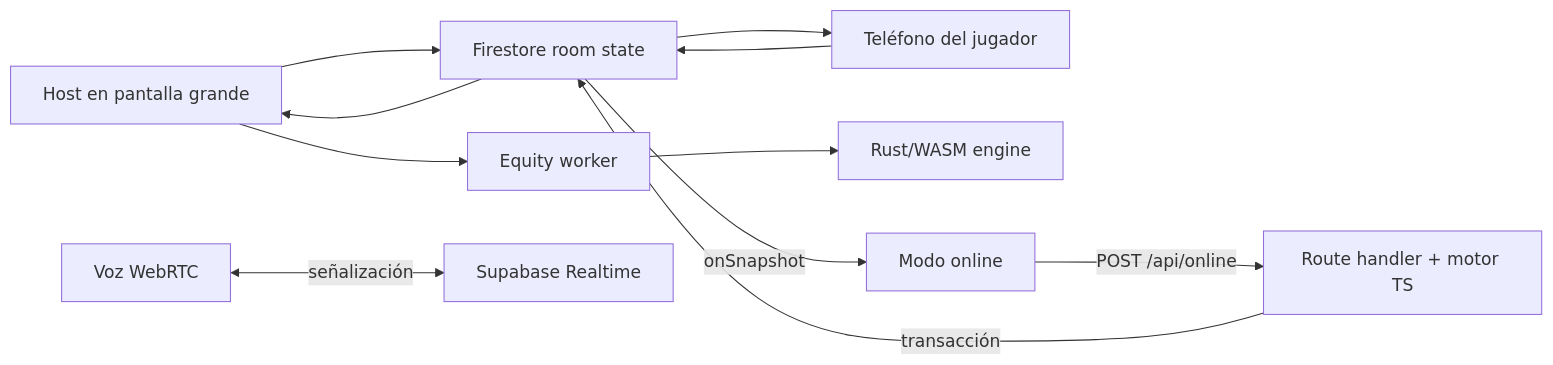
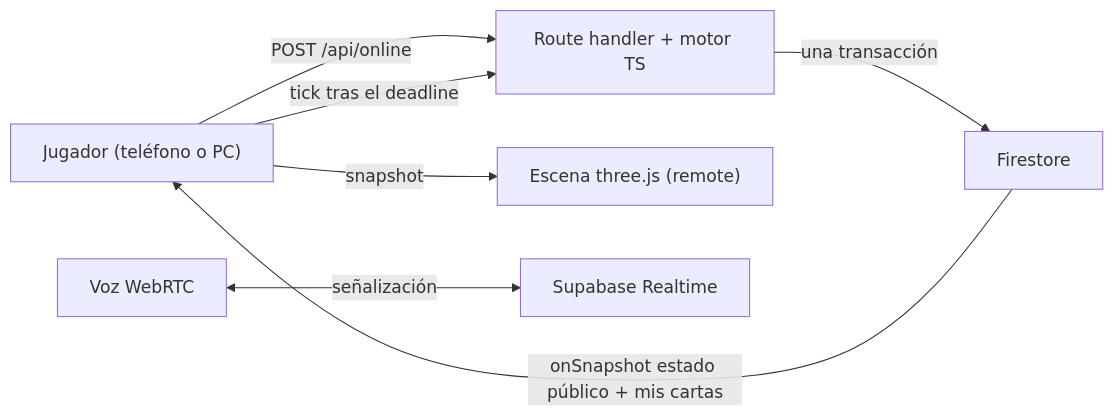
One commit to MrxHuaang/Noir-Poker changed the diagram in README.md. Above: the diagram before and after it, drawn with Mermaid. The commit also changed other lines of this file and 3 other files, not shown here.

````diff
--- a/README.md
+++ b/README.md
@@ -42,13 +68,9 @@
 ```mermaid
 flowchart LR
-  Host["Host en pantalla grande"] --> Firestore["Firestore room state"]
-  Player["Teléfono del jugador"] --> Firestore
-  Firestore --> Host
-  Firestore --> Player
-  Host --> Worker["Equity worker"]
-  Worker --> WASM["Rust/WASM engine"]
-  Online["Modo online"] -->|POST /api/online| API["Route handler + motor TS"]
-  API -->|transacción| Firestore
-  Firestore -->|onSnapshot| Online
+  Player["Jugador (teléfono o PC)"] -->|POST /api/online| API["Route handler + motor TS"]
+  API -->|una transacción| Firestore["Firestore"]
+  Firestore -->|onSnapshot estado público + mis cartas| Player
+  Player -->|snapshot| Scene["Escena three.js (remote)"]
+  Player -->|tick tras el deadline| API
   Voice["Voz WebRTC"] <-->|señalización| Supabase["Supabase Realtime"]
 ```
````
